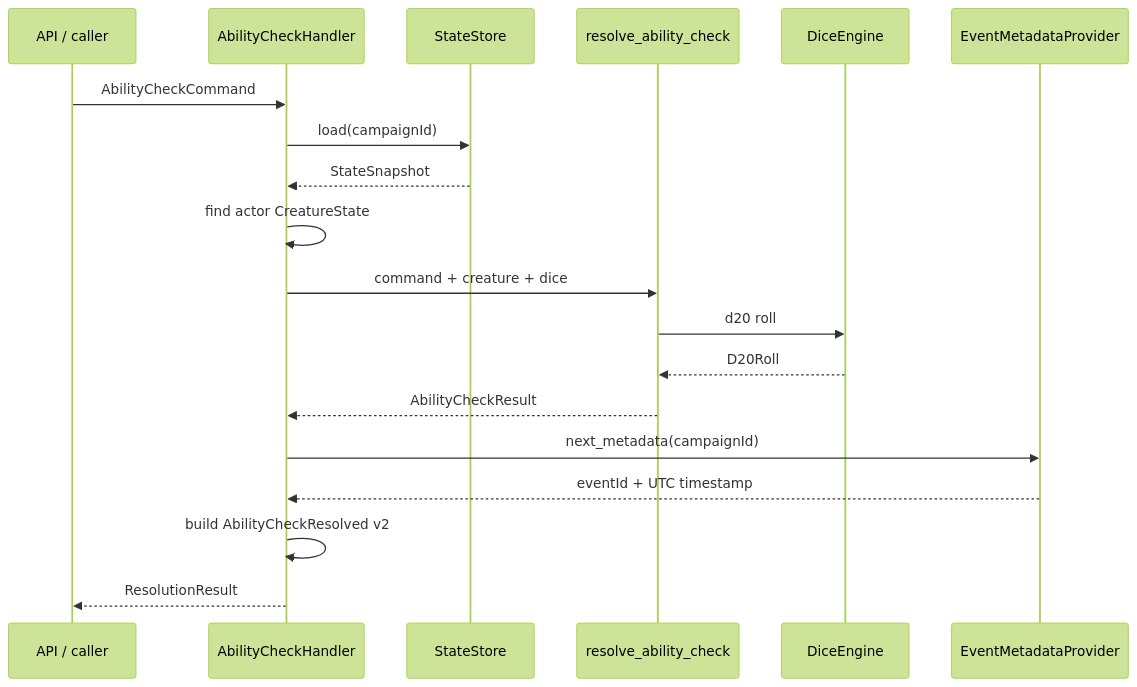
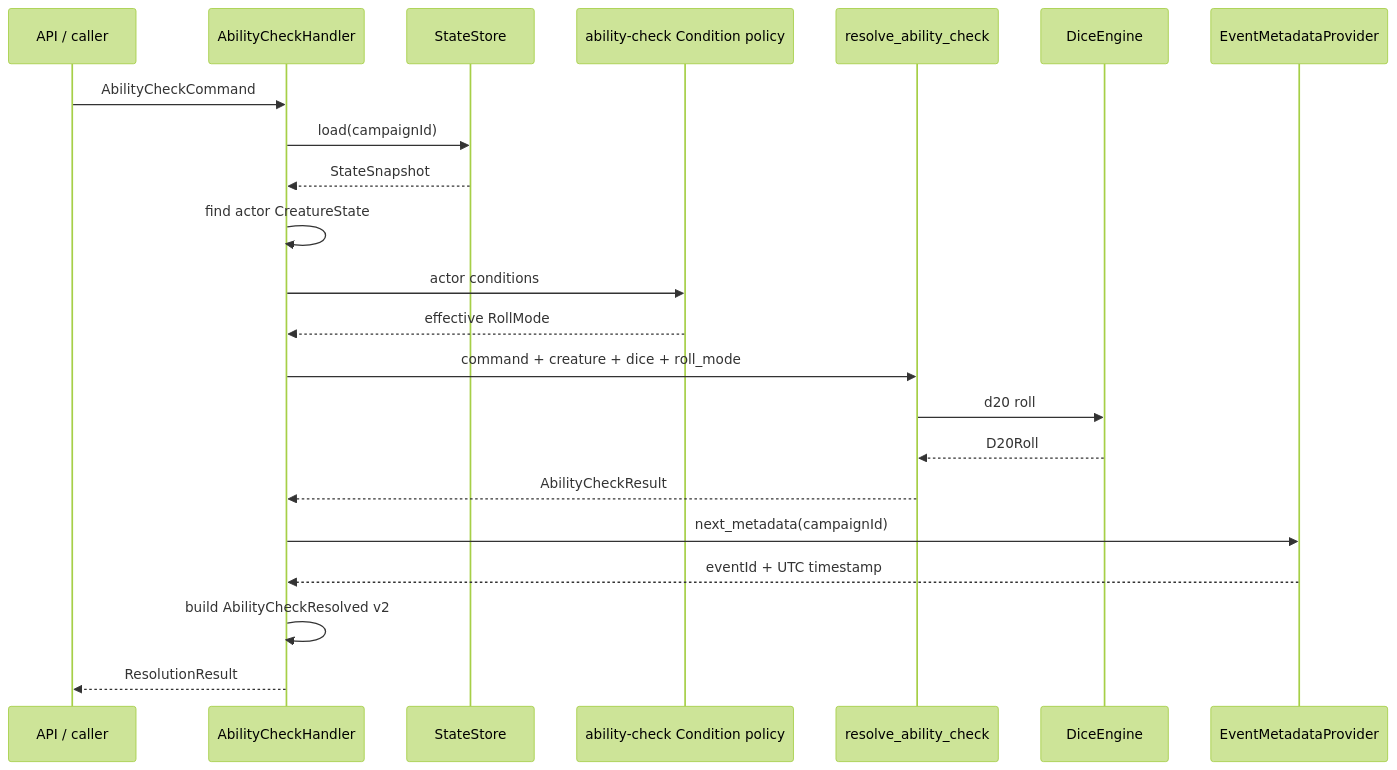
Before and after one commit to redbull101020/ai-dnd-master: the second of 4 diagrams in AI_DND_DATA_FLOW_CURRENT.md, drawn with Mermaid (forest theme). The commit also changed other lines of this file and 11 other files, not shown here.

````diff
--- a/AI_DND_DATA_FLOW_CURRENT.md
+++ b/AI_DND_DATA_FLOW_CURRENT.md
@@ -516,22 +525,25 @@
 ```mermaid
 sequenceDiagram
     participant Caller as API / caller
     participant H as AbilityCheckHandler
     participant SS as StateStore
+    participant CP as ability-check Condition policy
     participant R as resolve_ability_check
     participant D as DiceEngine
     participant M as EventMetadataProvider
 
     Caller->>H: AbilityCheckCommand
     H->>SS: load(campaignId)
     SS-->>H: StateSnapshot
     H->>H: find actor CreatureState
-    H->>R: command + creature + dice
+    H->>CP: actor conditions
+    CP-->>H: effective RollMode
+    H->>R: command + creature + dice + roll_mode
     R->>D: d20 roll
     D-->>R: D20Roll
     R-->>H: AbilityCheckResult
     H->>M: next_metadata(campaignId)
     M-->>H: eventId + UTC timestamp
     H->>H: build AbilityCheckResolved v2
     H-->>Caller: ResolutionResult
 ```
````
